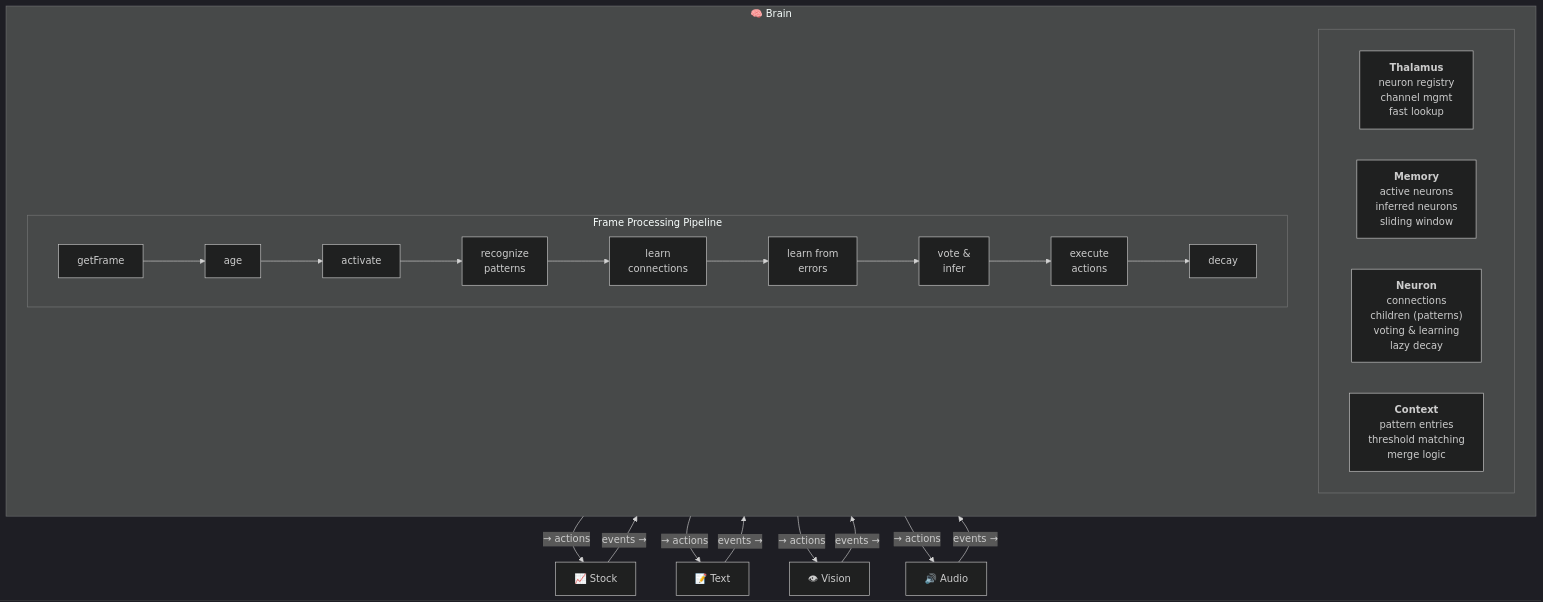
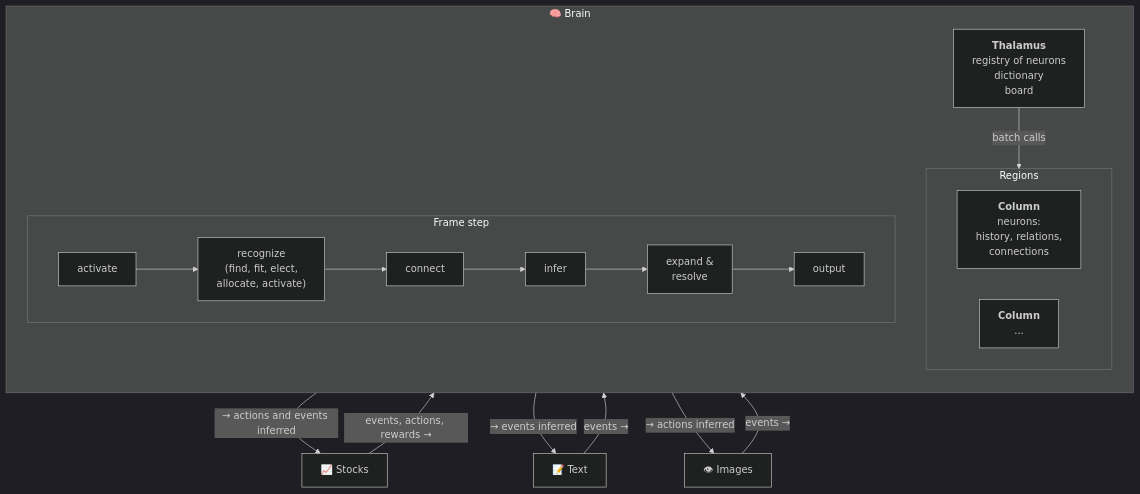
The diagram in README.md (cucar/robot_brain), drawn with Mermaid (dark theme) before and after one commit. The commit also changed other lines of this file and 115 other files, not shown here.

````diff
--- a/README.md
+++ b/README.md
@@ -90,27 +116,23 @@
 ```mermaid
 graph TB
     subgraph Brain["🧠 Brain"]
         direction TB
-        subgraph Components[" "]
+        TH["<b>Thalamus</b><br/>registry of neurons<br/>dictionary<br/>board"]
+        subgraph Regions["Regions"]
             direction LR
-            TH["<b>Thalamus</b><br/>neuron registry<br/>channel mgmt<br/>fast lookup"]
-            MEM["<b>Memory</b><br/>active neurons<br/>inferred neurons<br/>sliding window"]
-            NEU["<b>Neuron</b><br/>connections<br/>children (patterns)<br/>voting & learning<br/>lazy decay"]
-            CTX["<b>Context</b><br/>pattern entries<br/>threshold matching<br/>merge logic"]
+            C1["<b>Column</b><br/>neurons:<br/>history, relations,<br/>connections"]
+            C2["<b>Column</b><br/>..."]
         end
-        subgraph Pipeline["Frame Processing Pipeline"]
+        TH -- "batch calls" --> Regions
+        subgraph Step["Frame step"]
             direction LR
-            P1["getFrame"] --> P2["age"] --> P3["activate"] --> P4["recognize<br/>patterns"]
-            P4 --> P5["learn<br/>connections"] --> P6["learn from<br/>errors"] --> P7["vote &<br/>infer"]
-            P7 --> P8["execute<br/>actions"] --> P9["decay"]
+            P1["activate"] --> P2["recognize<br/>(find, fit, elect,<br/>allocate, activate)"] --> P3["connect"] --> P4["infer"] --> P5["expand &<br/>resolve"] --> P6["output"]
         end
     end
-    CH1["📈 Stock"] -- "events →" --> Brain
+    CH1["📈 Stocks"] -- "events, actions, rewards →" --> Brain
     CH2["📝 Text"] -- "events →" --> Brain
-    CH3["👁 Vision"] -- "events →" --> Brain
-    CH4["🔊 Audio"] -- "events →" --> Brain
-    Brain -- "→ actions" --> CH1
-    Brain -- "→ actions" --> CH2
-    Brain -- "→ actions" --> CH3
-    Brain -- "→ actions" --> CH4
+    CH3["👁 Images"] -- "events →" --> Brain
+    Brain -- "→ actions and events inferred" --> CH1
+    Brain -- "→ events inferred" --> CH2
+    Brain -- "→ actions inferred" --> CH3
 ```
````
